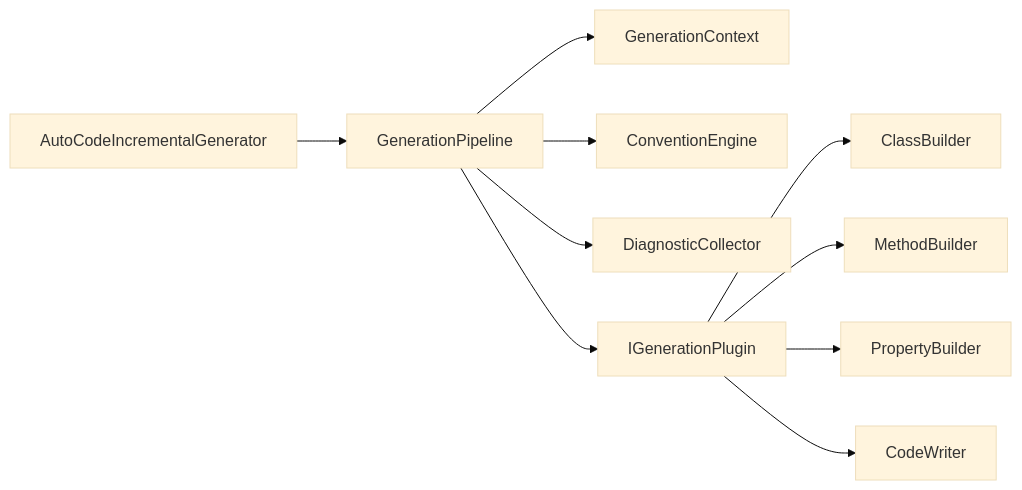
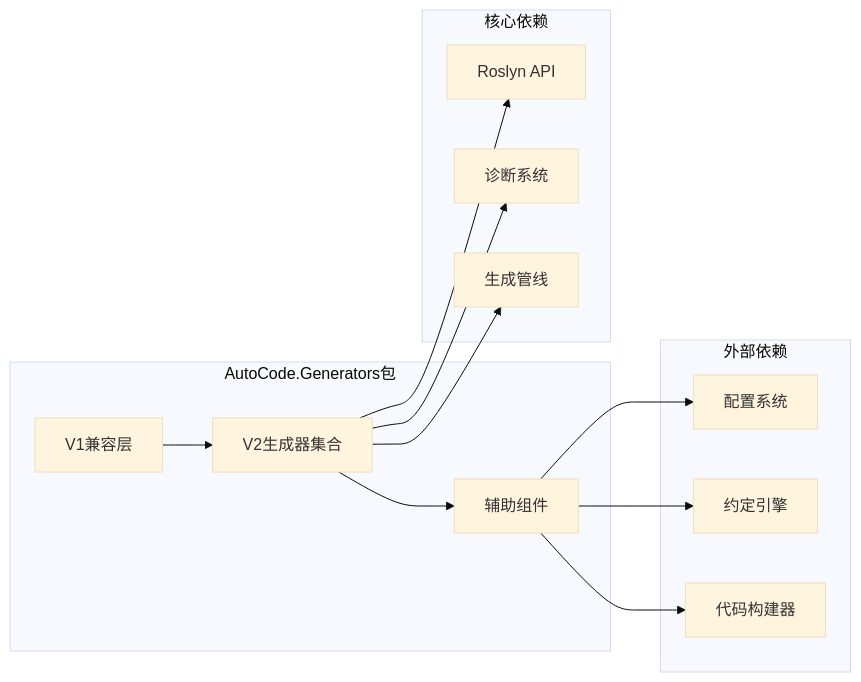
One commit to alivy/AutoCode changed the third of 3 diagrams in .qoder/repowiki/zh/content/核心概念/V2插件架构.md. Above: the diagram before and after it, drawn with Mermaid (base theme). The commit also changed other lines of this file and 53 other files, not shown here.

````diff
--- a/.qoder/repowiki/zh/content/核心概念/V2插件架构.md
+++ b/.qoder/repowiki/zh/content/核心概念/V2插件架构.md
@@ -340,12 +278,26 @@
 ```mermaid
 graph LR
-Gen["AutoCodeIncrementalGenerator"] --> Pipe["GenerationPipeline"]
-Pipe --> Ctx["GenerationContext"]
-Pipe --> Conv["ConventionEngine"]
-Pipe --> Diag["DiagnosticCollector"]
-Pipe --> Plug["IGenerationPlugin"]
-Plug --> CB["ClassBuilder"]
-Plug --> MB["MethodBuilder"]
-Plug --> PB["PropertyBuilder"]
-Plug --> CW["CodeWriter"]
+subgraph "AutoCode.Generators包"
+Gen["V2生成器集合"]
+Helper["辅助组件"]
+Compat["V1兼容层"]
+end
+subgraph "核心依赖"
+Roslyn["Roslyn API"]
+Diagnostics["诊断系统"]
+Pipeline["生成管线"]
+end
+subgraph "外部依赖"
+Config["配置系统"]
+Convention["约定引擎"]
+Builder["代码构建器"]
+end
+Gen --> Helper
+Gen --> Roslyn
+Gen --> Diagnostics
+Gen --> Pipeline
+Helper --> Config
+Helper --> Convention
+Helper --> Builder
+Compat --> Gen
 ```
````
